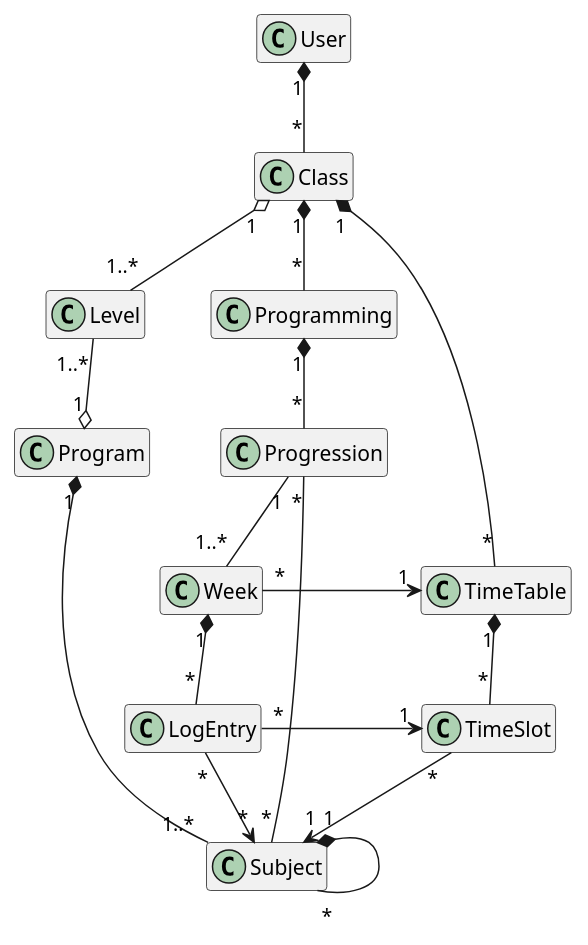
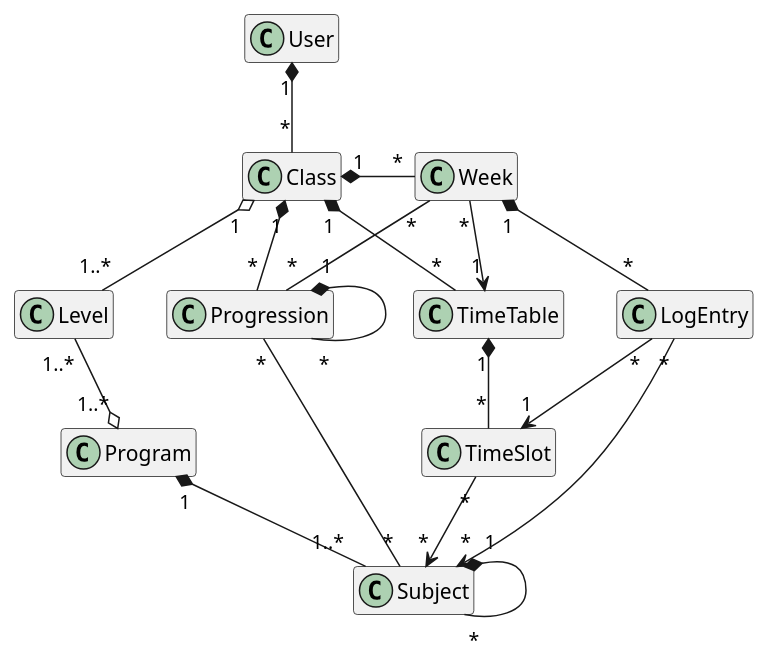
The diagram in doc/data conceptual model.puml (poirelpa/cclasse-server), drawn with PlantUML before and after one commit. The commit also changed 20 other files, not shown here.

```diff
--- a/doc/data conceptual model.puml
+++ b/doc/data conceptual model.puml
@@ -1,23 +1,25 @@
 @startuml
 User          "1"   *--   "*"     Class
 Class         "1"   o--   "1..*"  Level
-Class         "1"   *--   "*"     Programming
-Programming   "1"   *--   "*"     Progression
+Class         "1"   *--   "*"     Progression
 Progression   "*"    --   "*"     Subject
-Progression   "1"    --   "1..*"  Week
+Progression   "1"   *--   "*"     Progression
 
-Level         "1..*" --o  "1"     Program
+Level         "1..*" --o  "1..*"  Program
 Program       "1"   *--   "1..*"  Subject
 Subject       "1"   *--   "*"     Subject
 
+
+Class         "1"   *-    "*"     Week
 Class         "1"   *--   "*"     TimeTable
 TimeTable     "1"   *--   "*"     TimeSlot
-TimeSlot      "*"    -->  "1"     Subject
+TimeSlot      "*"    -->  "*"     Subject
 
-Week          "*"     ->  "1"     TimeTable
+Week          "*"    --   "*"     Progression
+Week          "*"    -->  "1"     TimeTable
 Week          "1"   *--   "*"     LogEntry
 LogEntry      "*"    -->  "*"     Subject
-LogEntry      "*"     ->  "1"     TimeSlot
+LogEntry      "*"    -->  "1"     TimeSlot
 
 hide empty members
 @enduml
```
